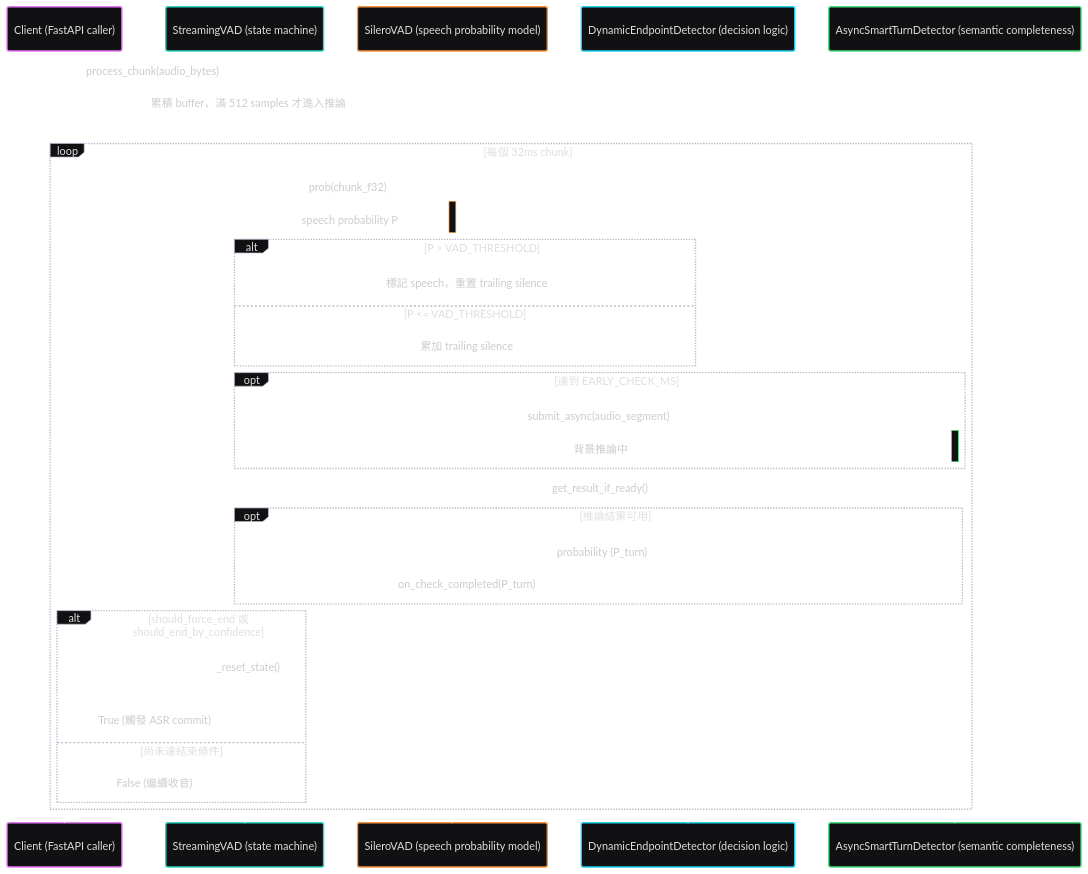
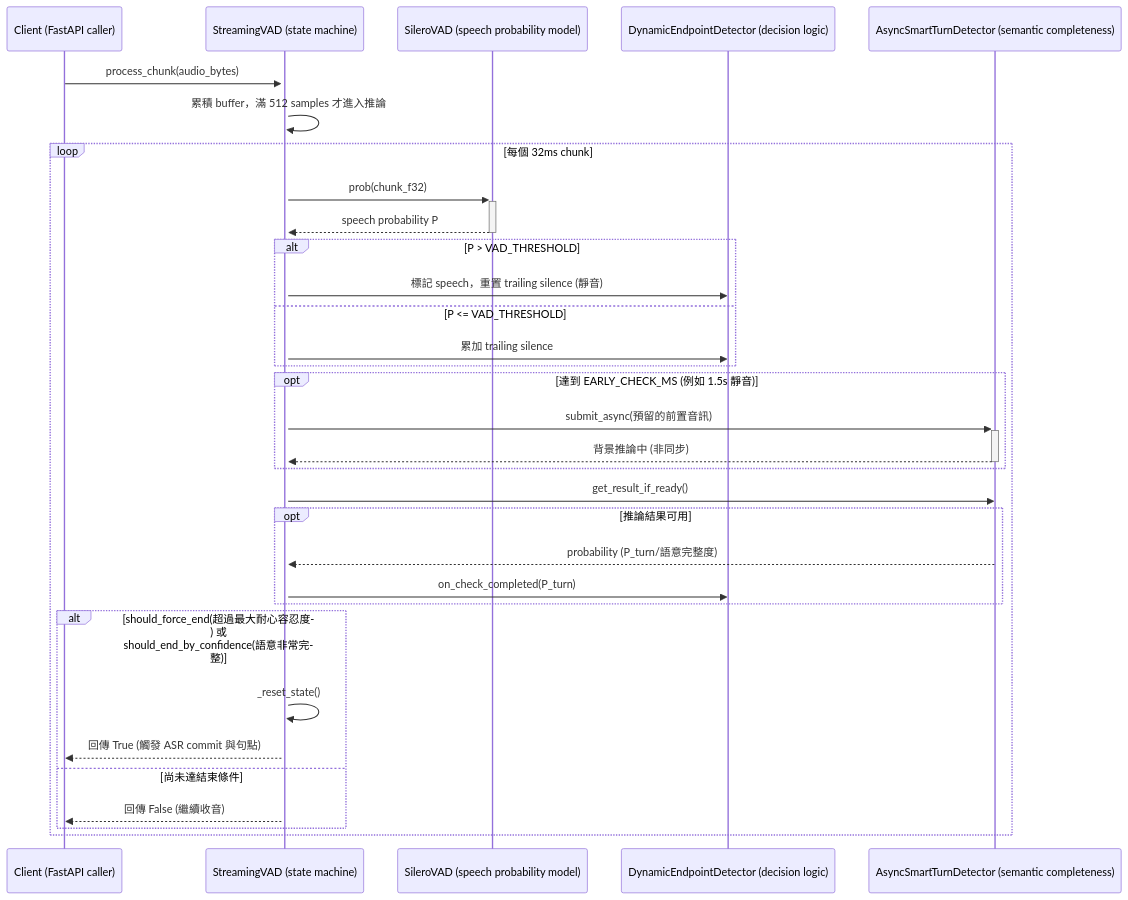
Before and after one commit to YENpsychopomp/fullduplex2V2: the diagram in vad.mmd, drawn with Mermaid. The commit also changed 7 other files, not shown here.

```diff
--- a/vad.mmd
+++ b/vad.mmd
@@ -1,43 +1,43 @@
 ---
 config:
-  theme: redux-dark-color
+  theme: default
 ---
 
 sequenceDiagram
     participant client as Client (FastAPI caller)
     participant stream as StreamingVAD (state machine)
     participant silero as SileroVAD (speech probability model)
     participant logic as DynamicEndpointDetector (decision logic)
     participant smart as AsyncSmartTurnDetector (semantic completeness)
 
     client->>+stream: process_chunk(audio_bytes)
     stream->>stream: 累積 buffer，滿 512 samples 才進入推論
 
     loop 每個 32ms chunk
         stream->>+silero: prob(chunk_f32)
         silero-->>-stream: speech probability P
 
         alt P > VAD_THRESHOLD
-            stream->>logic: 標記 speech，重置 trailing silence
+            stream->>logic: 標記 speech，重置 trailing silence (靜音)
         else P <= VAD_THRESHOLD
             stream->>logic: 累加 trailing silence
         end
 
-        opt 達到 EARLY_CHECK_MS
-            stream->>+smart: submit_async(audio_segment)
-            smart-->>-stream: 背景推論中
+        opt 達到 EARLY_CHECK_MS (例如 1.5s 靜音)
+            stream->>+smart: submit_async(預留的前置音訊)
+            smart-->>-stream: 背景推論中 (非同步)
         end
 
         stream->>smart: get_result_if_ready()
         opt 推論結果可用
-            smart-->>stream: probability (P_turn)
+            smart-->>stream: probability (P_turn/語意完整度)
             stream->>logic: on_check_completed(P_turn)
         end
 
-        alt should_force_end 或 should_end_by_confidence
+        alt should_force_end(超過最大耐心容忍度) 或 should_end_by_confidence(語意非常完整)
             stream->>stream: _reset_state()
-            stream-->>client: True (觸發 ASR commit)
+            stream-->>client: 回傳 True (觸發 ASR commit 與句點)
         else 尚未達結束條件
-            stream-->>client: False (繼續收音)
+            stream-->>client: 回傳 False (繼續收音)
         end
     end
```
